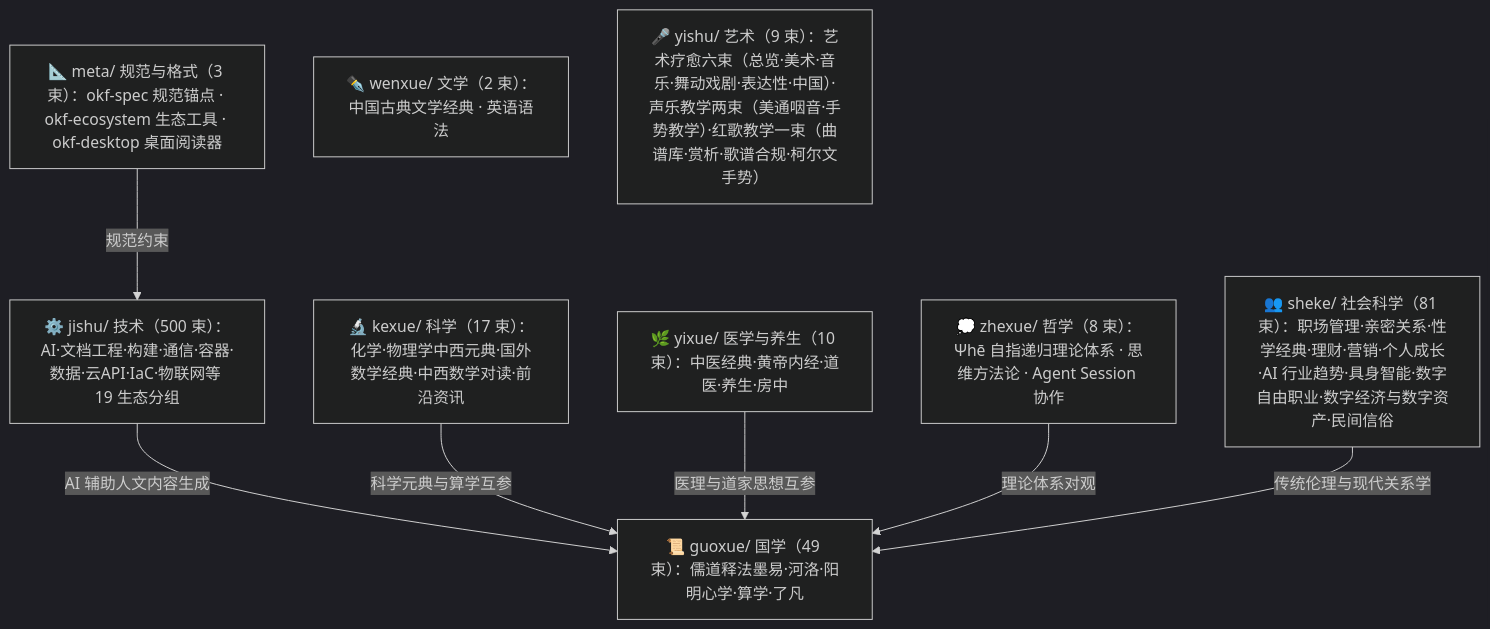
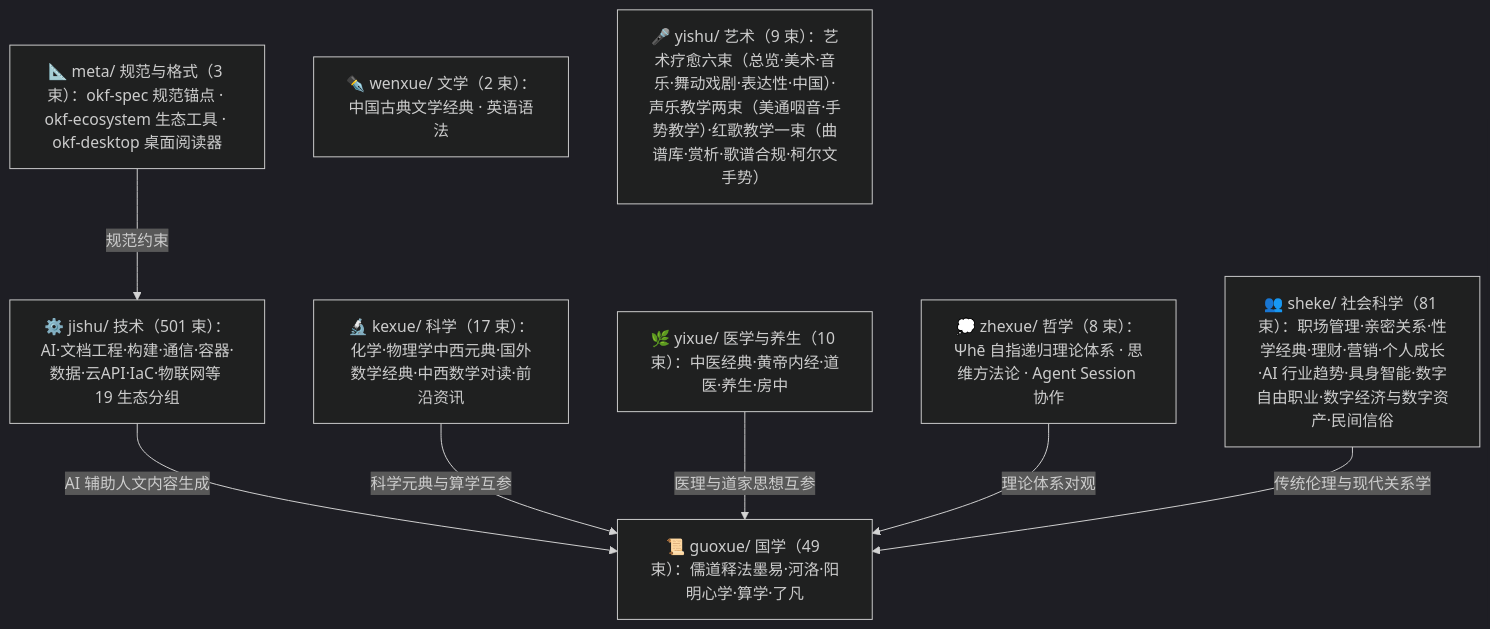
Before and after one commit to awesome-flexloop/awesome-okf: the diagram in doc/bundles/index.md, drawn with Mermaid (dark theme). The commit also changed other lines of this file and 18 other files, not shown here.

````diff
--- a/doc/bundles/index.md
+++ b/doc/bundles/index.md
@@ -21,18 +21,18 @@
 ```mermaid
 flowchart TD
     meta["📐 meta/ 规范与格式（3 束）：okf-spec 规范锚点 · okf-ecosystem 生态工具 · okf-desktop 桌面阅读器"]
     guoxue["📜 guoxue/ 国学（49 束）：儒道释法墨易·河洛·阳明心学·算学·了凡"]
     zhexue["💭 zhexue/ 哲学（8 束）：Ψhē 自指递归理论体系 · 思维方法论 · Agent Session 协作"]
     kexue["🔬 kexue/ 科学（17 束）：化学·物理学中西元典·国外数学经典·中西数学对读·前沿资讯"]
     wenxue["✒️ wenxue/ 文学（2 束）：中国古典文学经典 · 英语语法"]
     yixue["🌿 yixue/ 医学与养生（10 束）：中医经典·黄帝内经·道医·养生·房中"]
     sheke["👥 sheke/ 社会科学（81 束）：职场管理·亲密关系·性学经典·理财·营销·个人成长·AI 行业趋势·具身智能·数字自由职业·数字经济与数字资产·民间信俗"]
     yishu["🎤 yishu/ 艺术（9 束）：艺术疗愈六束（总览·美术·音乐·舞动戏剧·表达性·中国）·声乐教学两束（美通咽音·手势教学）·红歌教学一束（曲谱库·赏析·歌谱合规·柯尔文手势）"]
-    jishu["⚙️ jishu/ 技术（500 束）：AI·文档工程·构建·通信·容器·数据·云API·IaC·物联网等 19 生态分组"]
+    jishu["⚙️ jishu/ 技术（501 束）：AI·文档工程·构建·通信·容器·数据·云API·IaC·物联网等 19 生态分组"]
     meta -->|"规范约束"| jishu
     jishu -->|"AI 辅助人文内容生成"| guoxue
     kexue -->|"科学元典与算学互参"| guoxue
     yixue -->|"医理与道家思想互参"| guoxue
     zhexue -->|"理论体系对观"| guoxue
     sheke -->|"传统伦理与现代关系学"| guoxue
 ```
````
